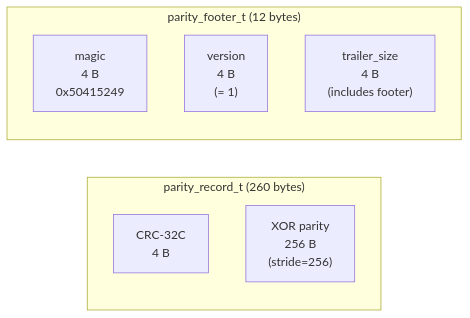
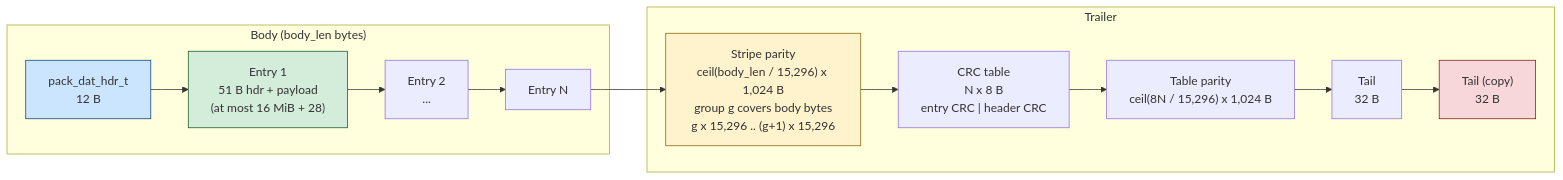
The first of 2 diagrams in diagrams/05-parity-trailer-layout.md (vifair22/c-backup), drawn with Mermaid before and after one commit. The commit also changed other lines of this file and 25 other files, not shown here.

````diff
--- a/diagrams/05-parity-trailer-layout.md
+++ b/diagrams/05-parity-trailer-layout.md
@@ -8,13 +9,23 @@
 ```mermaid
 flowchart LR
-    subgraph "parity_record_t (260 bytes)"
-        PR_CRC["CRC-32C<br>4 B"]
-        PR_XOR["XOR parity<br>256 B<br>(stride=256)"]
+    subgraph "Body (body_len bytes)"
+        DH["pack_dat_hdr_t<br>12 B"]
+        E1["Entry 1<br>51 B hdr + payload<br>(at most 16 MiB + 28)"]
+        E2["Entry 2<br>..."]
+        EN["Entry N"]
+    end
+    subgraph "Trailer"
+        SP["Stripe parity<br>ceil(body_len / 15,296) x 1,024 B<br>group g covers body bytes<br>g x 15,296 .. (g+1) x 15,296"]
+        CT["CRC table<br>N x 8 B<br>entry CRC | header CRC"]
+        TP["Table parity<br>ceil(8N / 15,296) x 1,024 B"]
+        T1["Tail<br>32 B"]
+        T2["Tail (copy)<br>32 B"]
     end
 
-    subgraph "parity_footer_t (12 bytes)"
-        PF_MAGIC["magic<br>4 B<br>0x50415249"]
-        PF_VER["version<br>4 B<br>(= 1)"]
-        PF_SIZE["trailer_size<br>4 B<br>(includes footer)"]
-    end
+    DH --> E1 --> E2 --> EN --> SP --> CT --> TP --> T1 --> T2
+
+    style DH fill:#cce5ff,stroke:#004085
+    style E1 fill:#d4edda,stroke:#155724
+    style SP fill:#fff3cd,stroke:#856404
+    style T2 fill:#f8d7da,stroke:#721c24
 ```
````
